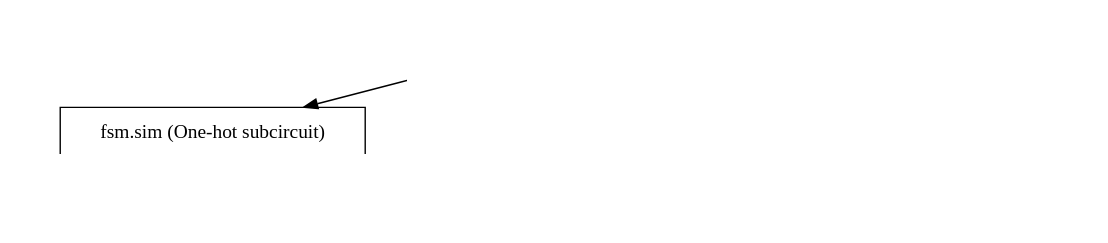
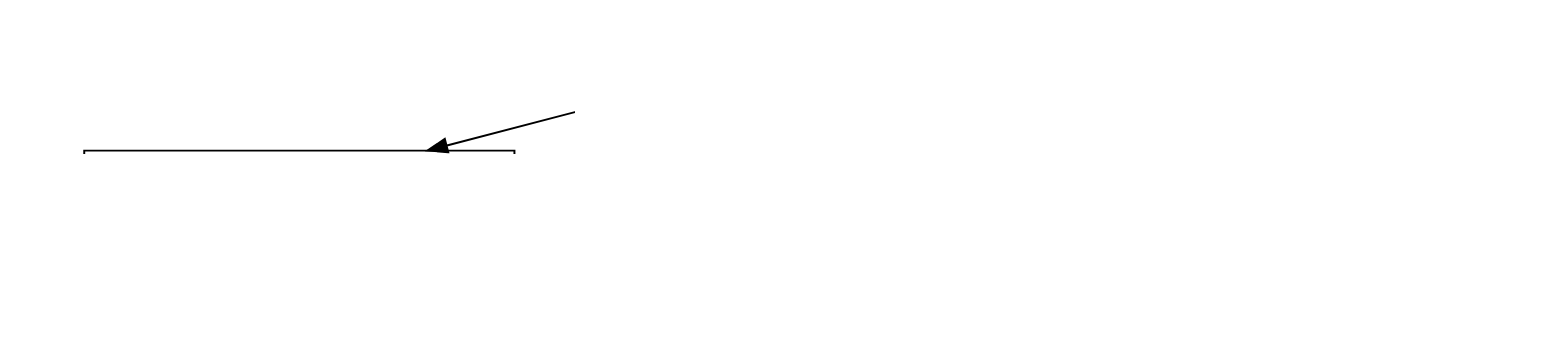
The second of 4 diagrams in docs/usage.rst (zucchini/zucchini), drawn with Graphviz before and after one commit. The commit also changed other lines of this file and 1 other file, not shown here.

```diff
--- a/docs/usage.rst
+++ b/docs/usage.rst
@@ -83,38 +83,38 @@
 .. graphviz::
 
    digraph {
-    size="8,8"
     dpi=200
+    ordering=out
 
     a  [shape=box, label="Homework 8"]
 
     c1 [shape=box, label="fsm.sim (One-hot subcircuit)"]
     p1 [shape=box, label="transitions"]
     p2 [shape=box, label="outputs"]
 
     c2 [shape=box, label="fsm.sim (Reduced subcircuit)"]
     p3 [shape=box, label="transitions"]
     p4 [shape=box, label="outputs"]
     p5 [shape=box, label="gateCount"]
     p6 [shape=box, label="coolness"]
 
     c3 [shape=box, label="BitVector.java"]
     p7 [shape=box, label="set"]
     p8 [shape=box, label="clear"]
     p9 [shape=box, label="isSet"]
 
     a  -> c1
     c1 -> p1
     c1 -> p2
 
     a  -> c2
     c2 -> p3
     c2 -> p4
     c2 -> p5
     c2 -> p6
 
     a  -> c3
     c3 -> p7
     c3 -> p8
     c3 -> p9
    }
```
